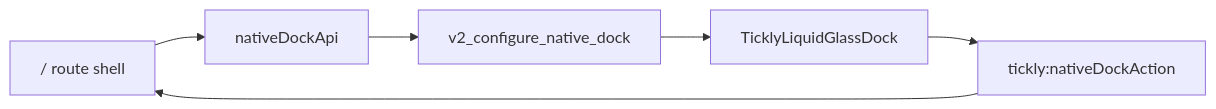
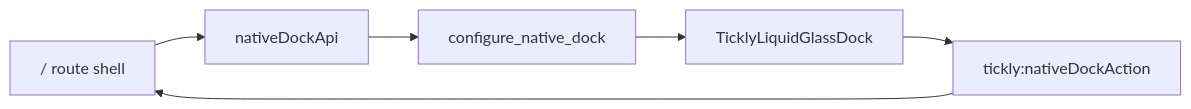
Before and after one commit to U-Keun/Tickly: the diagram in docs/rebuild-notes/011-liquid-glass-dock-direction.md, drawn with Mermaid. The commit also changed 28 other files, not shown here.

````diff
--- a/docs/rebuild-notes/011-liquid-glass-dock-direction.md
+++ b/docs/rebuild-notes/011-liquid-glass-dock-direction.md
@@ -9,8 +9,8 @@
 ```mermaid
 flowchart LR
   Root["/ route shell"] --> DockApi["nativeDockApi"]
-  DockApi --> Command["v2_configure_native_dock"]
+  DockApi --> Command["configure_native_dock"]
   Command --> Swift["TicklyLiquidGlassDock"]
   Swift --> Event["tickly:nativeDockAction"]
   Event --> Root
 ```
````
